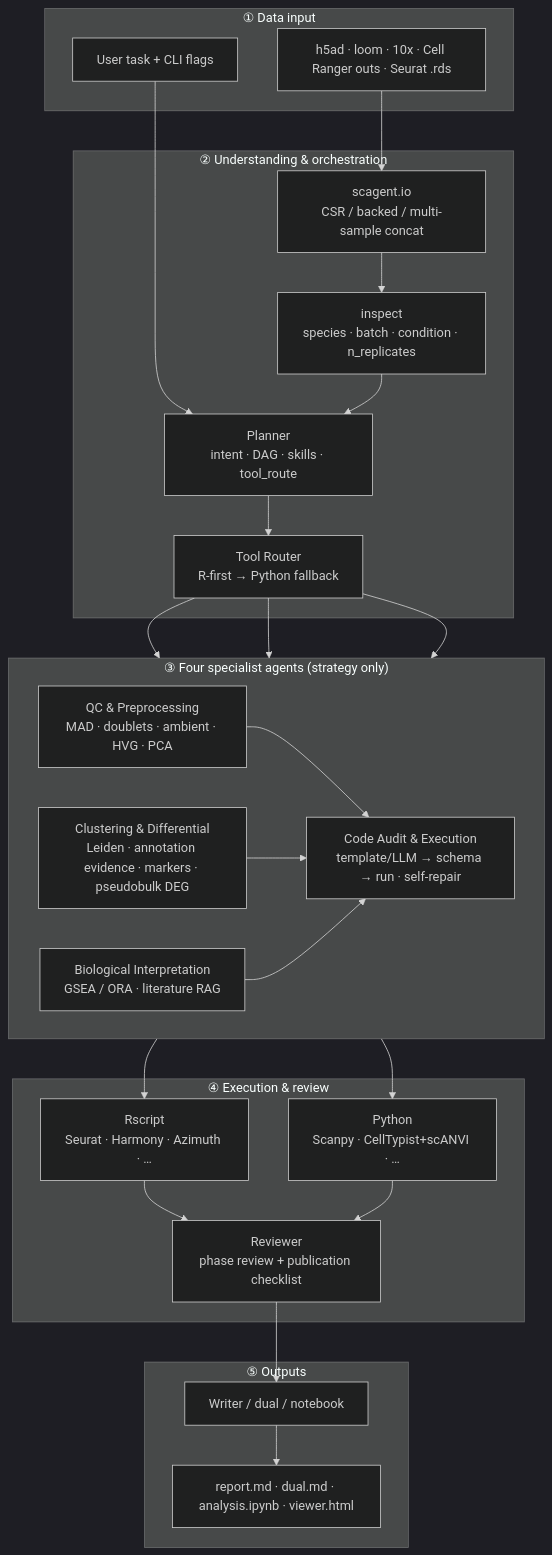
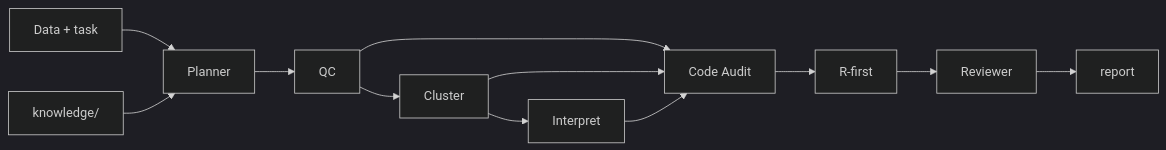
Before and after one commit to bio-apple/scAgent: the diagram in README.en.md, drawn with Mermaid (dark theme). The commit also changed other lines of this file and 24 other files, not shown here.

````diff
--- a/README.en.md
+++ b/README.en.md
@@ -37,46 +22,7 @@
 ```mermaid
-flowchart TB
-  subgraph input ["① Data input"]
-    F["h5ad · loom · 10x · Cell Ranger outs · Seurat .rds"]
-    U["User task + CLI flags"]
-  end
-
-  subgraph ingest ["② Understanding & orchestration"]
-    IO["scagent.io\nCSR / backed / multi-sample concat"]
-    INS["inspect\nspecies · batch · condition · n_replicates"]
-    PL["Planner\nintent · DAG · skills · tool_route"]
-    TR["Tool Router\nR-first → Python fallback"]
-  end
-
-  subgraph agents ["③ Four specialist agents (strategy only)"]
-    direction LR
-    A1["QC & Preprocessing\nMAD · doublets · ambient · HVG · PCA"]
-    A2["Clustering & Differential\nLeiden · annotation evidence · markers · pseudobulk DEG"]
-    A3["Biological Interpretation\nGSEA / ORA · literature RAG"]
-    A4["Code Audit & Execution\ntemplate/LLM → schema → run · self-repair"]
-  end
-
-  subgraph exec ["④ Execution & review"]
-    RPATH["Rscript\nSeurat · Harmony · Azimuth · …"]
-    PPATH["Python\nScanpy · CellTypist+scANVI · …"]
-    REV["Reviewer\nphase review + publication checklist"]
-  end
-
-  subgraph output ["⑤ Outputs"]
-    W["Writer / dual / notebook"]
-    O["report.md · dual.md · analysis.ipynb · viewer.html"]
-  end
-
-  F --> IO
-  U --> PL
-  IO --> INS
-  INS --> PL
-  PL --> TR
-  TR --> A1 & A2 & A3
-  A1 & A2 & A3 --> A4
-  A4 --> RPATH
-  A4 --> PPATH
-  RPATH --> REV
-  PPATH --> REV
-  REV --> W --> O
+flowchart LR
+  IN["Data + task"] --> PL["Planner"]
+  KB["knowledge/"] --> PL
+  PL --> A1["QC"] --> A2["Cluster"] --> A3["Interpret"]
+  A1 & A2 & A3 --> CA["Code Audit"] --> TR["R-first"] --> REV["Reviewer"] --> OUT["report"]
 ```
````
